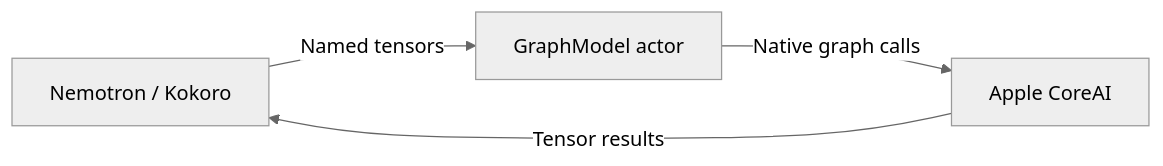
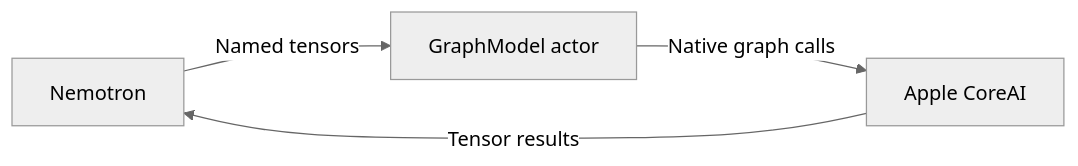
Before and after one commit to devilyouwei/MobileHarness: the diagram in MobileHarness/ModelKit/Backends/CoreAI/README.md, drawn with Mermaid (neutral theme). The commit also changed other lines of this file and 124 other files, not shown here.

````diff
--- a/MobileHarness/ModelKit/Backends/CoreAI/README.md
+++ b/MobileHarness/ModelKit/Backends/CoreAI/README.md
@@ -7,6 +7,6 @@
 ```mermaid
 flowchart LR
-    Adapter[Nemotron / Kokoro] -->|Named tensors| Graph[GraphModel actor]
+    Adapter[Nemotron] -->|Named tensors| Graph[GraphModel actor]
     Graph -->|Native graph calls| CoreAI[Apple CoreAI]
     CoreAI -->|Tensor results| Adapter
 ```
````
